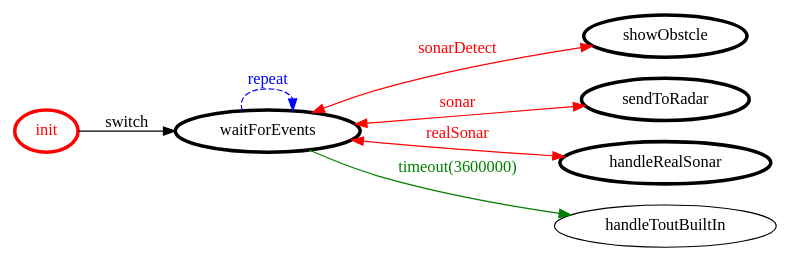
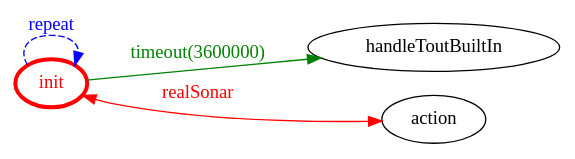
The diagram in it.unibo.mbot.divide/bin/it/unibo/sonardetector/sonardetector.gv (MatteoMendula/iss2018Lab), drawn with Graphviz before and after one commit. The commit also changed 28 other files, not shown here.

```diff
--- a/it.unibo.mbot.divide/bin/it/unibo/sonardetector/sonardetector.gv
+++ b/it.unibo.mbot.divide/bin/it/unibo/sonardetector/sonardetector.gv
@@ -1,24 +1,17 @@
 /*
 *
 * A GraphViz DOT FSM description 
 * Please use a GraphViz visualizer (like http://www.webgraphviz.com)
 *  
 */
 
 digraph finite_state_machine {
 	rankdir=LR
 	size="8,5"
 	
 	init [ color = red ][ fontcolor = red ][ penwidth = 3 ]
-	waitForEvents [ color = black ][ fontcolor = black ][ penwidth = 3 ]
-	showObstcle [ color = black ][ fontcolor = black ][ penwidth = 3 ]
-	sendToRadar [ color = black ][ fontcolor = black ][ penwidth = 3 ]
-	handleRealSonar [ color = black ][ fontcolor = black ][ penwidth = 3 ]
 	
-	init -> waitForEvents [ label = "switch" ][ color = black ][ fontcolor = black ]
-	waitForEvents -> handleToutBuiltIn [ label = "timeout(3600000)" ][ color = green ][ fontcolor = green ]
-	waitForEvents -> showObstcle [ label = "sonarDetect" ][ color = red ][ fontcolor = red ][ dir = both ]
-	waitForEvents -> handleRealSonar [ label = "realSonar" ][ color = red ][ fontcolor = red ][ dir = both ]
-	waitForEvents -> sendToRadar [ label = "sonar" ][ color = red ][ fontcolor = red ][ dir = both ]
-	waitForEvents -> waitForEvents [ label = "repeat "][ style = dashed ][ color = blue ][ fontcolor = blue ]
+	init -> handleToutBuiltIn [ label = "timeout(3600000)" ][ color = green ][ fontcolor = green ]
+	init -> init [ label = "repeat "][ style = dashed ][ color = blue ][ fontcolor = blue ]
+	init -> action [ label = "realSonar" ][ color = red ][ fontcolor = red ][ dir = both ]
 }
```
